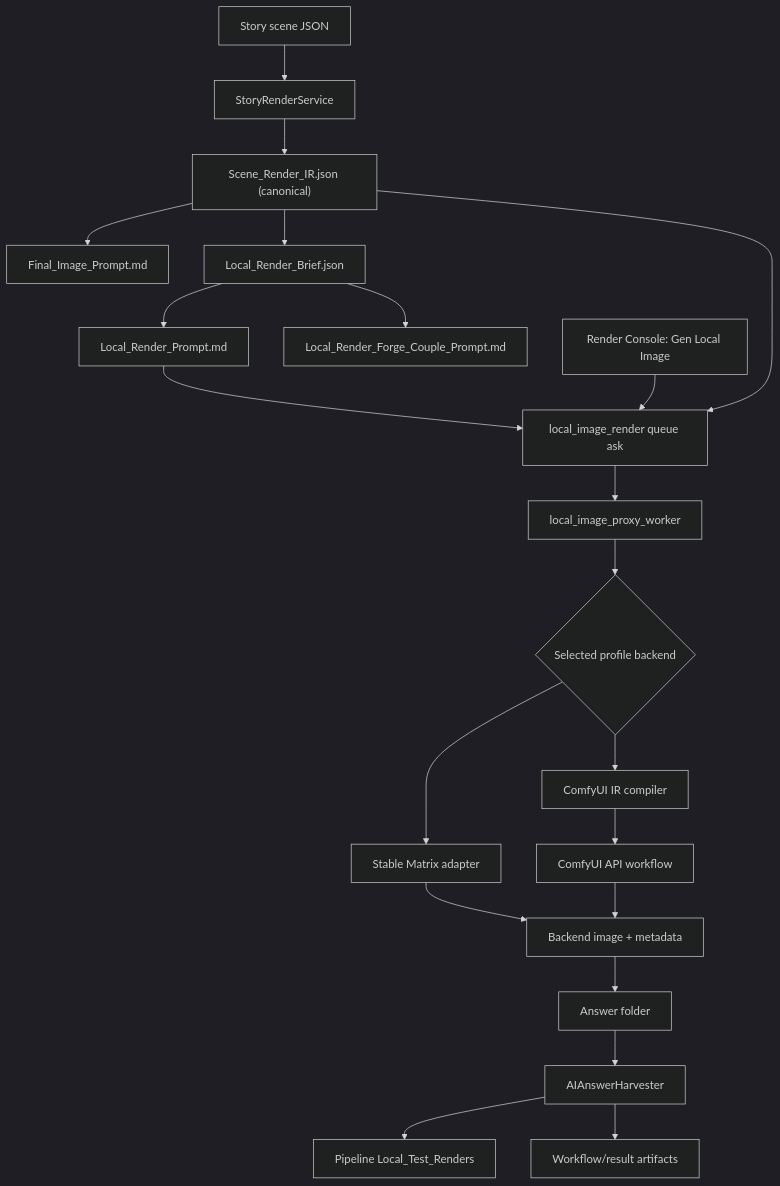
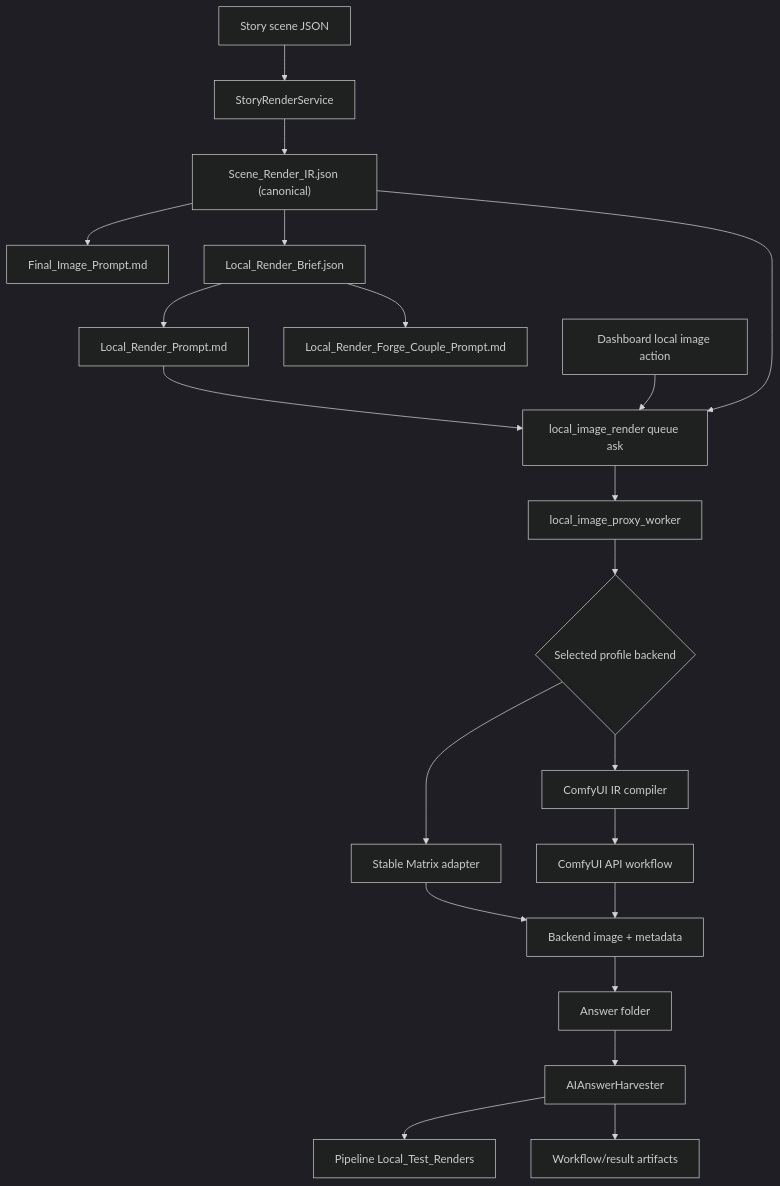
Before and after one commit to Joebok/Zet: the diagram in Docs/Local_Image_Generation.md, drawn with Mermaid (dark theme). The commit also changed other lines of this file and 3 other files, not shown here.

````diff
--- a/Docs/Local_Image_Generation.md
+++ b/Docs/Local_Image_Generation.md
@@ -24,23 +24,23 @@
 ```mermaid
 flowchart TD
     A["Story scene JSON"] --> B["StoryRenderService"]
     B --> C["Scene_Render_IR.json (canonical)"]
     C --> D["Final_Image_Prompt.md"]
     C --> E["Local_Render_Brief.json"]
     E --> F["Local_Render_Prompt.md"]
     E --> G["Local_Render_Forge_Couple_Prompt.md"]
-    H["Render Console: Gen Local Image"] --> I["local_image_render queue ask"]
+    H["Dashboard local image action"] --> I["local_image_render queue ask"]
     C --> I
     F --> I
     I --> J["local_image_proxy_worker"]
     J --> K{"Selected profile backend"}
     K --> L["Stable Matrix adapter"]
     K --> M["ComfyUI IR compiler"]
     M --> N["ComfyUI API workflow"]
     L --> O["Backend image + metadata"]
     N --> O
     O --> P["Answer folder"]
     P --> Q["AIAnswerHarvester"]
     Q --> R["Pipeline Local_Test_Renders"]
     Q --> S["Workflow/result artifacts"]
 ```
````
